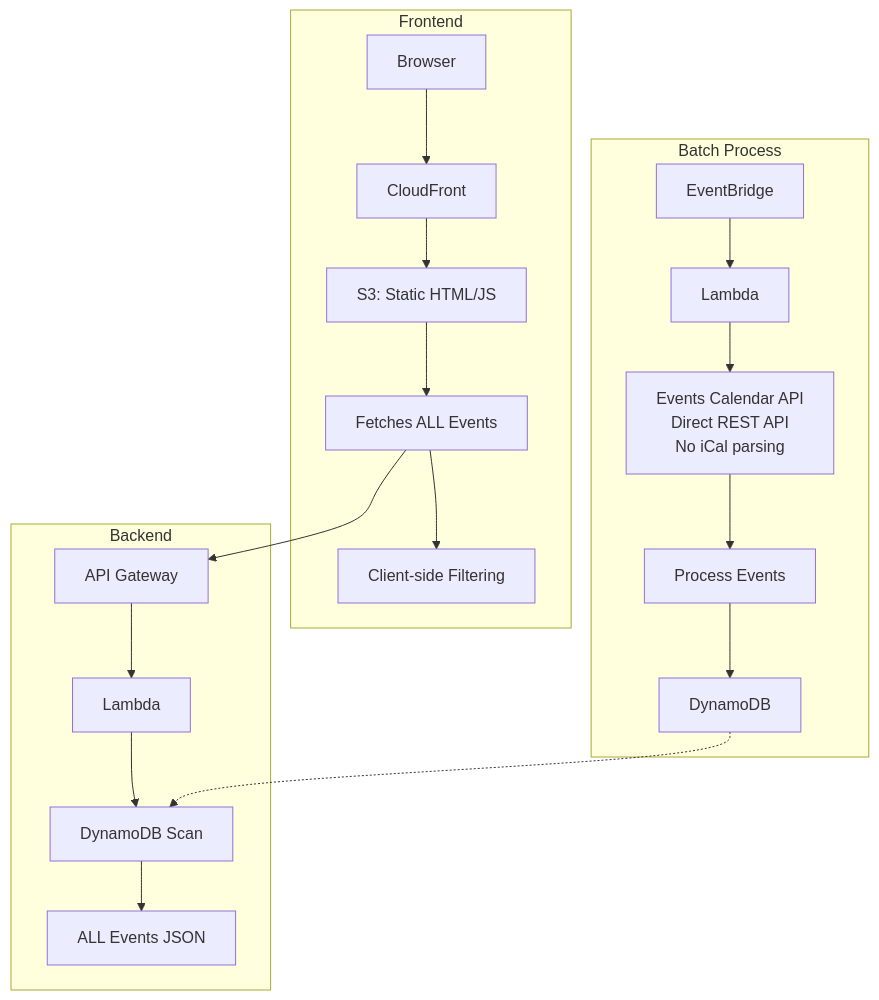
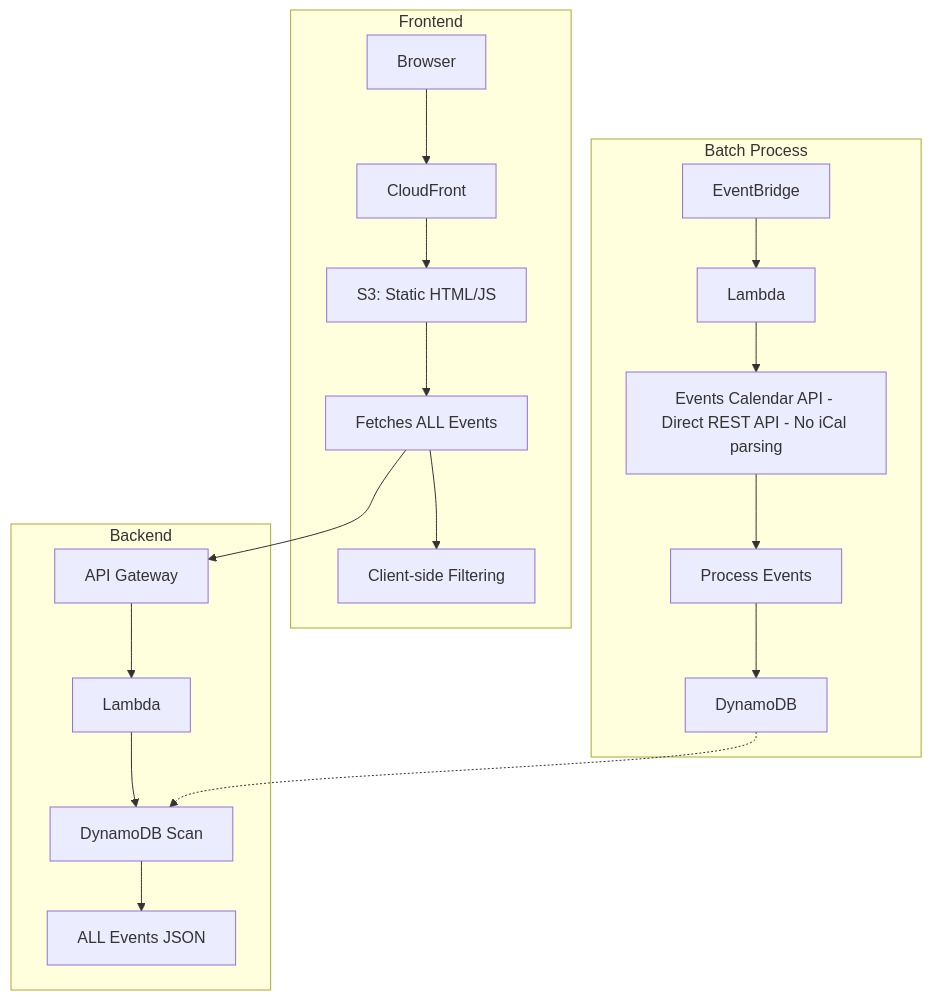
The third of 8 diagrams in docs/DEVELOPMENT_HISTORY.md (bbernstein/chq-calendar), drawn with Mermaid before and after one commit. The commit also changed other lines of this file, not shown here.

First line of the commit message:
Remove HTML <br/> tags from Mermaid diagrams for GitHub compatibility

````diff
--- a/docs/DEVELOPMENT_HISTORY.md
+++ b/docs/DEVELOPMENT_HISTORY.md
@@ -74,25 +74,25 @@
 ```mermaid
 graph TB
     subgraph Frontend3[Frontend]
         Browser3[Browser] --> CF3[CloudFront]
         CF3 --> S3HTML3[S3: Static HTML/JS]
         S3HTML3 --> FetchAll3[Fetches ALL Events]
         FetchAll3 --> ClientFilter3[Client-side Filtering]
     end
     
     subgraph Backend3[Backend]
         FetchAll3 --> APIGW3[API Gateway]
         APIGW3 --> Lambda5[Lambda]
         Lambda5 --> DDBScan3[DynamoDB Scan]
         DDBScan3 --> AllJSON3[ALL Events JSON]
     end
     
     subgraph BatchProcess3[Batch Process]
         Schedule3[EventBridge] --> Lambda6[Lambda]
-        Lambda6 --> EventsAPI[Events Calendar API<br/>Direct REST API<br/>No iCal parsing]
+        Lambda6 --> EventsAPI[Events Calendar API - Direct REST API - No iCal parsing]
         EventsAPI --> Process[Process Events]
         Process --> DDB4[DynamoDB]
     end
     
     DDB4 -.-> DDBScan3
 ```
````
